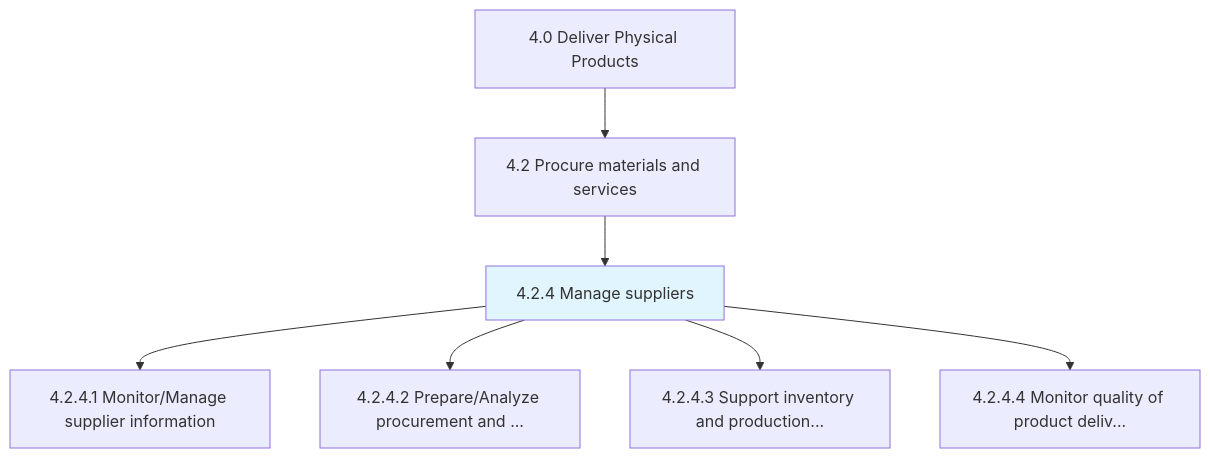
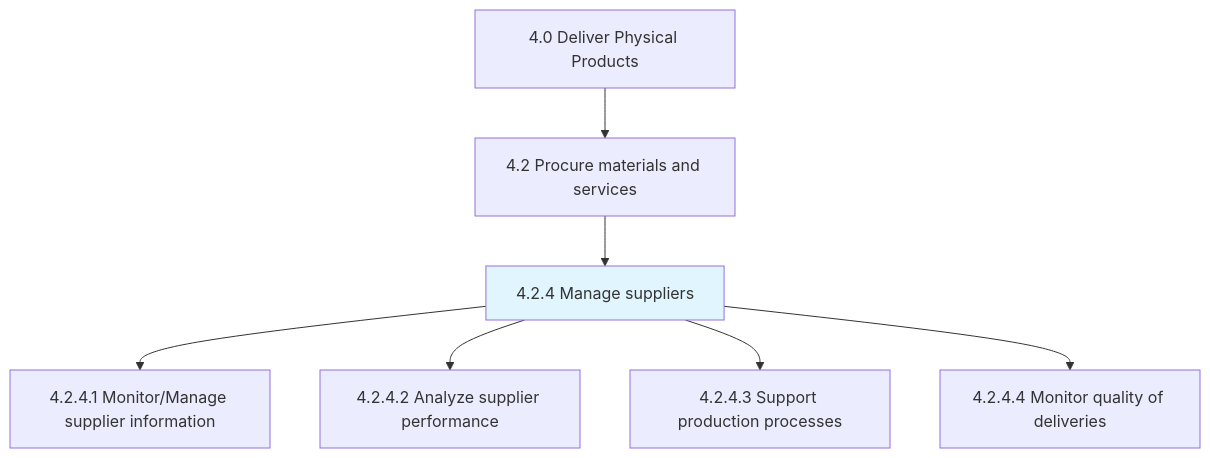
The first of 2 diagrams in processes/04-Delivery/4.2-ProcureMaterialsServices/4.2.4-ManageSuppliers/index.mdx (kziemski/business.org.ai), drawn with Mermaid before and after one commit. The commit also changed other lines of this file and 885 other files, not shown here.

````diff
--- a/processes/04-Delivery/4.2-ProcureMaterialsServices/4.2.4-ManageSuppliers/index.mdx
+++ b/processes/04-Delivery/4.2-ProcureMaterialsServices/4.2.4-ManageSuppliers/index.mdx
@@ -25,11 +25,11 @@
 ```mermaid
 graph TD
     C4["4.0 Deliver Physical Products"]
     C4 --> N4_2["4.2 Procure materials and services"]
     N4_2 --> N4_2_4["4.2.4 Manage suppliers"]
     style N4_2_4 fill:#e1f5fe
     N4_2_4 --> N4_2_4_1["4.2.4.1 Monitor/Manage supplier information"]
-    N4_2_4 --> N4_2_4_2["4.2.4.2 Prepare/Analyze procurement and ..."]
-    N4_2_4 --> N4_2_4_3["4.2.4.3 Support inventory and production..."]
-    N4_2_4 --> N4_2_4_4["4.2.4.4 Monitor quality of product deliv..."]
+    N4_2_4 --> N4_2_4_2["4.2.4.2 Analyze supplier performance"]
+    N4_2_4 --> N4_2_4_3["4.2.4.3 Support production processes"]
+    N4_2_4 --> N4_2_4_4["4.2.4.4 Monitor quality of deliveries"]
 ```
````
